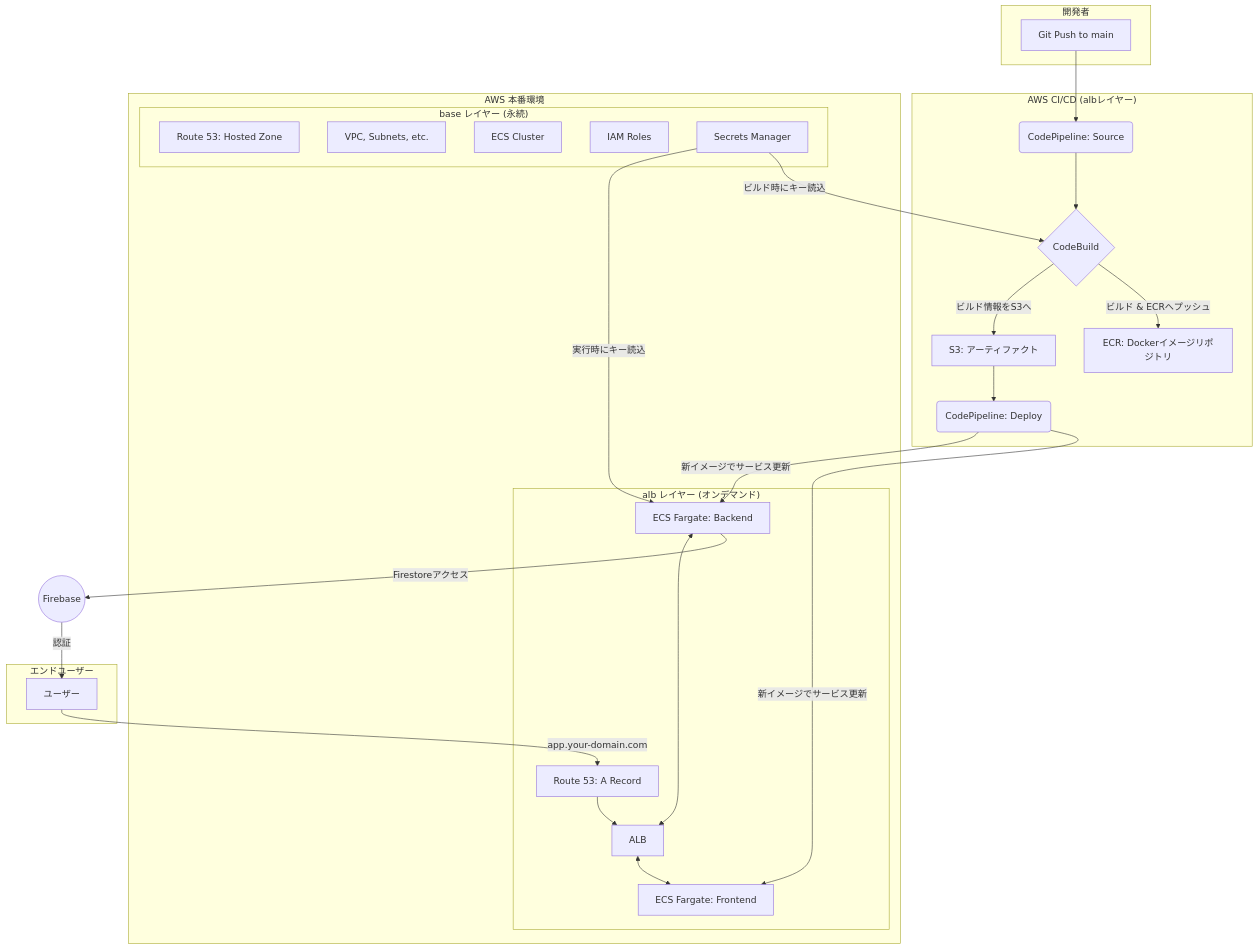
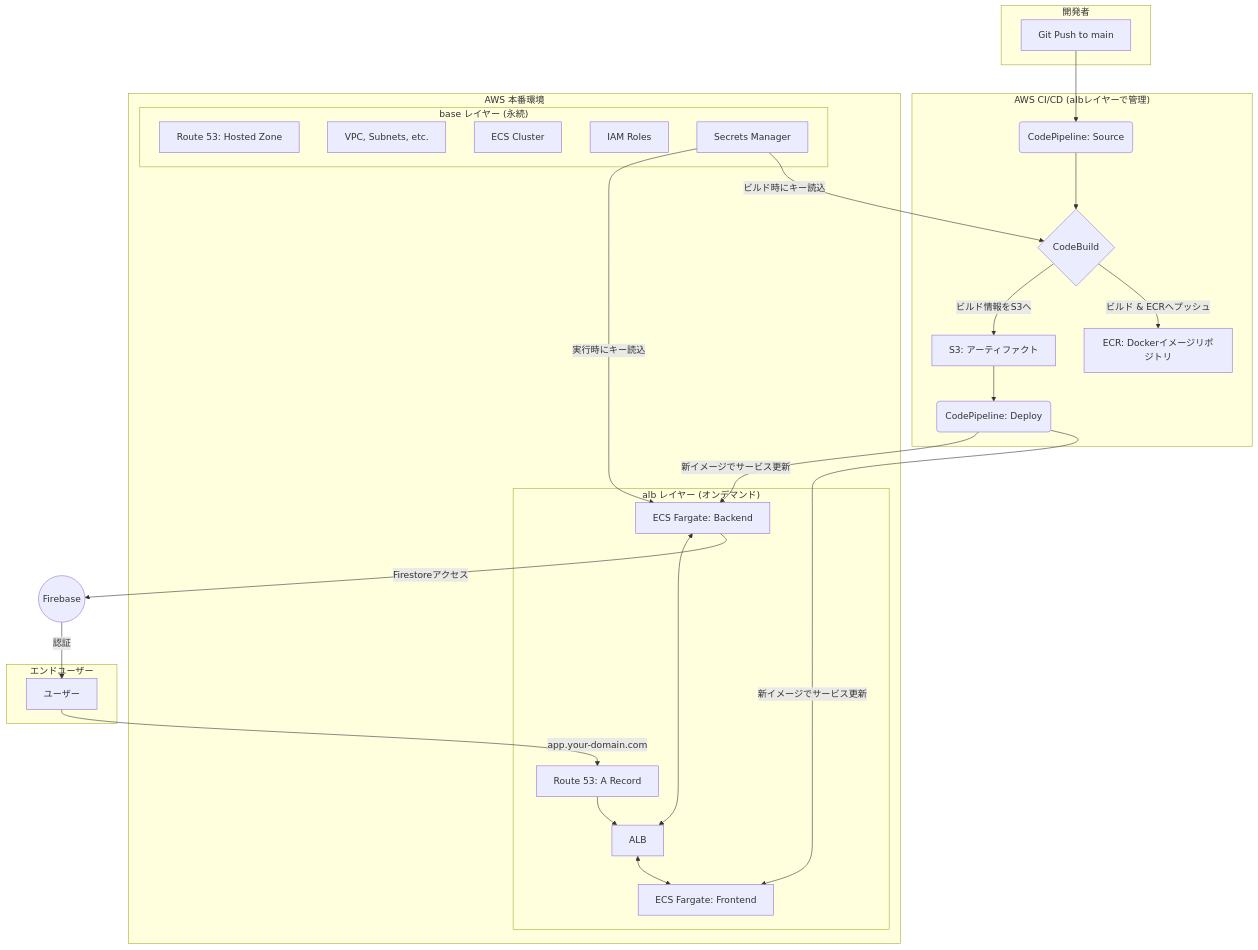
Before and after one commit to kaz-mathui/LifePlan: the diagram in README.md, drawn with Mermaid. The commit also changed other lines of this file, not shown here.

````diff
--- a/README.md
+++ b/README.md
@@ -29,48 +31,48 @@
 ```mermaid
 graph TD
     subgraph "開発者"
         A[Git Push to main]
     end
 
-    subgraph "AWS CI/CD (albレイヤー)"
+    subgraph "AWS CI/CD (albレイヤーで管理)"
         A --> B(CodePipeline: Source)
         B --> C{CodeBuild}
         C -- ビルド & ECRへプッシュ --> D[ECR: Dockerイメージリポジトリ]
         C -- ビルド情報をS3へ --> E[S3: アーティファクト]
         E --> F(CodePipeline: Deploy)
     end
 
     subgraph "AWS 本番環境"
         subgraph "base レイヤー (永続)"
             D
             J[Route 53: Hosted Zone]
             L[VPC, Subnets, etc.]
             M[ECS Cluster]
             N[IAM Roles]
             O[Secrets Manager]
         end
 
         subgraph "alb レイヤー (オンデマンド)"
             G[ALB]
             H[ECS Fargate: Frontend]
             I[ECS Fargate: Backend]
             K[Route 53: A Record]
 
             F -- 新イメージでサービス更新 --> H
             F -- 新イメージでサービス更新 --> I
         end
 
         O -- ビルド時にキー読込 --> C
         O -- 実行時にキー読込 --> I
     end
 
     subgraph "エンドユーザー"
         P[ユーザー]
     end
 
     P -- app.your-domain.com --> K --> G
     G <--> H
     G <--> I
     I -- Firestoreアクセス --> Q((Firebase))
     Q -- 認証 --> P
 ```
````
